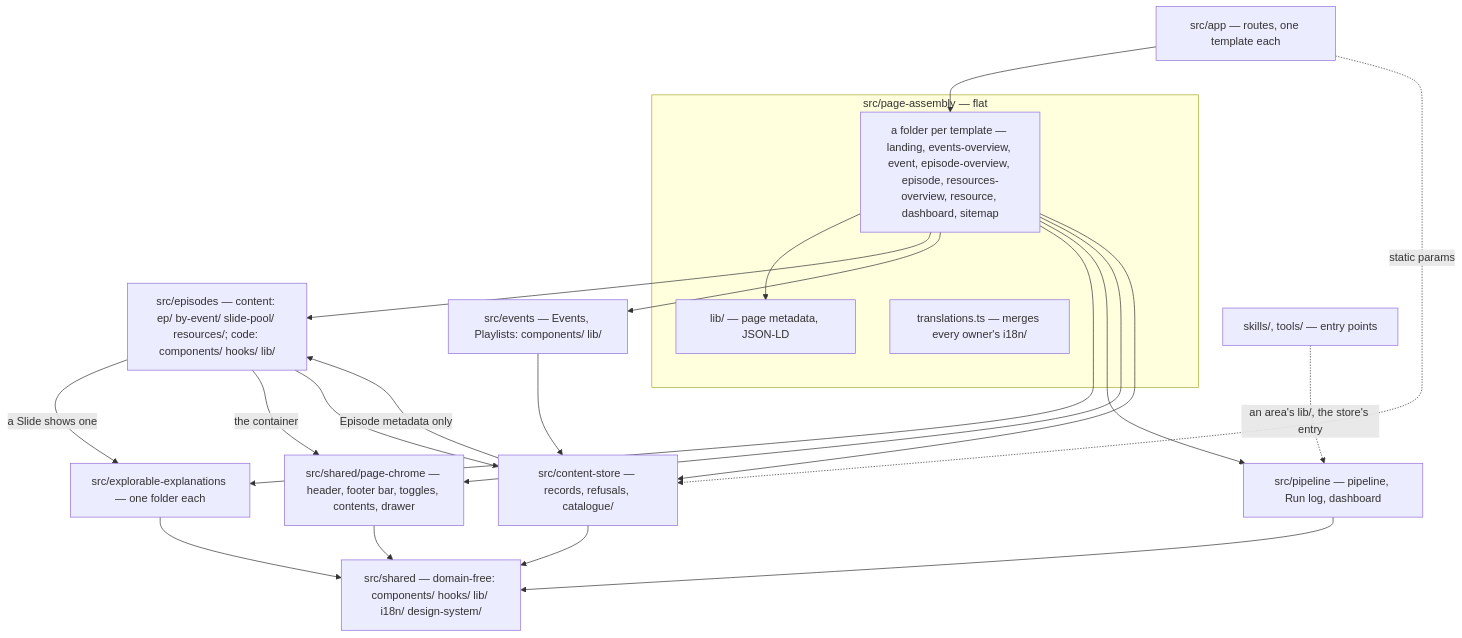
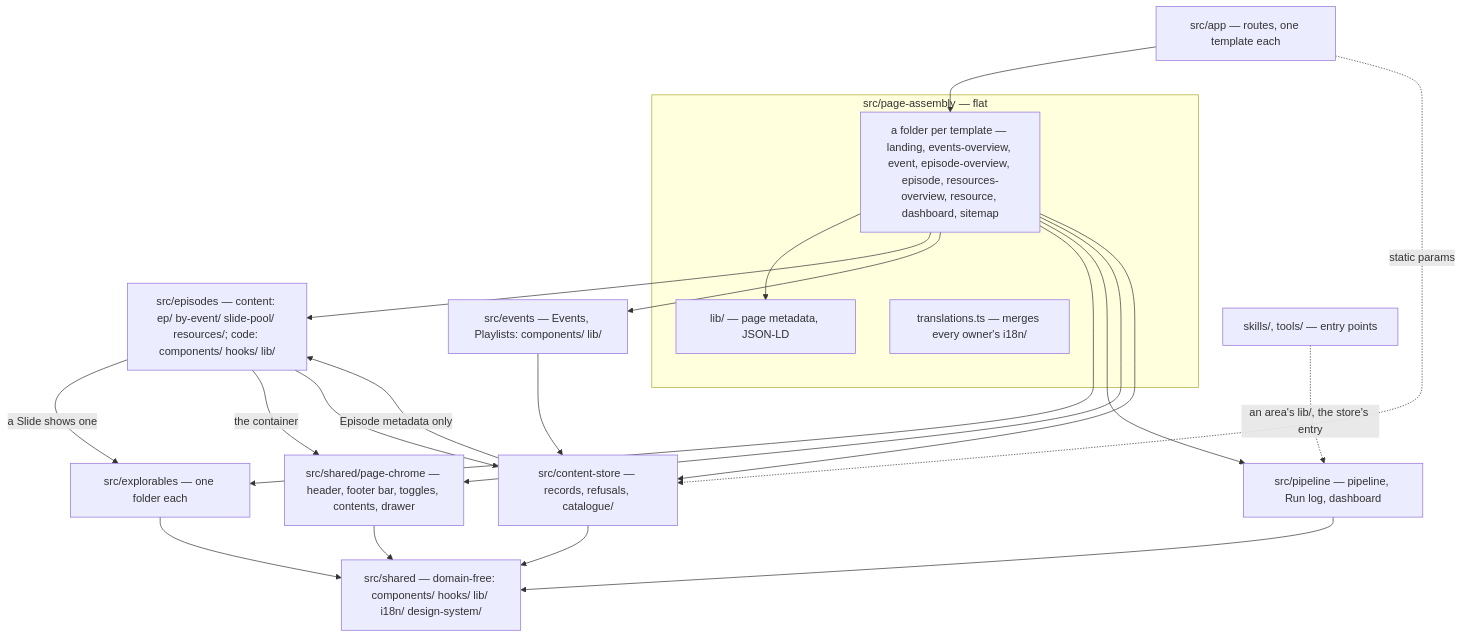
Before and after one commit to hancrafted/content-library: the first of 5 diagrams in .archgate/adrs/FE-004-slide-architecture.md, drawn with Mermaid. The commit also changed other lines of this file and 12 other files, not shown here.

First line of the commit message:
docs(adr): rename explorable-explanations to explorables in the Archgate ADRs

````diff
--- a/.archgate/adrs/FE-004-slide-architecture.md
+++ b/.archgate/adrs/FE-004-slide-architecture.md
@@ -22,25 +22,25 @@
 ```mermaid
 flowchart TD
   app["src/app — routes, one template each"] --> tpl
   subgraph pa["src/page-assembly — flat"]
     tpl["a folder per template — landing, events-overview, event, episode-overview, episode, resources-overview, resource, dashboard, sitemap"] --> palib["lib/ — page metadata, JSON-LD"]
     merge["translations.ts — merges every owner's i18n/"]
   end
   tpl --> episodes["src/episodes — content: ep/ by-event/ slide-pool/ resources/; code: components/ hooks/ lib/"]
   tpl --> events["src/events — Events, Playlists: components/ lib/"]
-  tpl --> explain["src/explorable-explanations — one folder each"]
+  tpl --> explain["src/explorables — one folder each"]
   tpl --> pipeline["src/pipeline — pipeline, Run log, dashboard"]
   tpl --> chrome["src/shared/page-chrome — header, footer bar, toggles, contents, drawer"]
   episodes -- "a Slide shows one" --> explain
   episodes -- "the container" --> chrome
   tpl --> store["src/content-store — records, refusals, catalogue/"]
   app -. "static params" .-> store
   episodes --> store
   events --> store
   store -- "Episode metadata only" --> episodes
   store --> shared["src/shared — domain-free: components/ hooks/ lib/ i18n/ design-system/"]
   explain --> shared
   pipeline --> shared
   chrome --> shared
   tools["skills/, tools/ — entry points"] -. "an area's lib/, the store's entry" .-> pipeline
 ```
````
